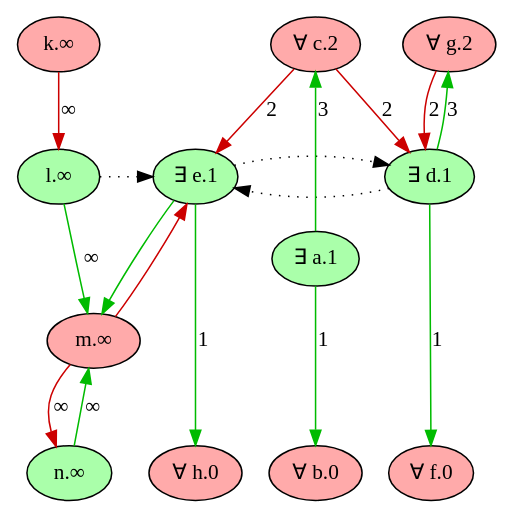
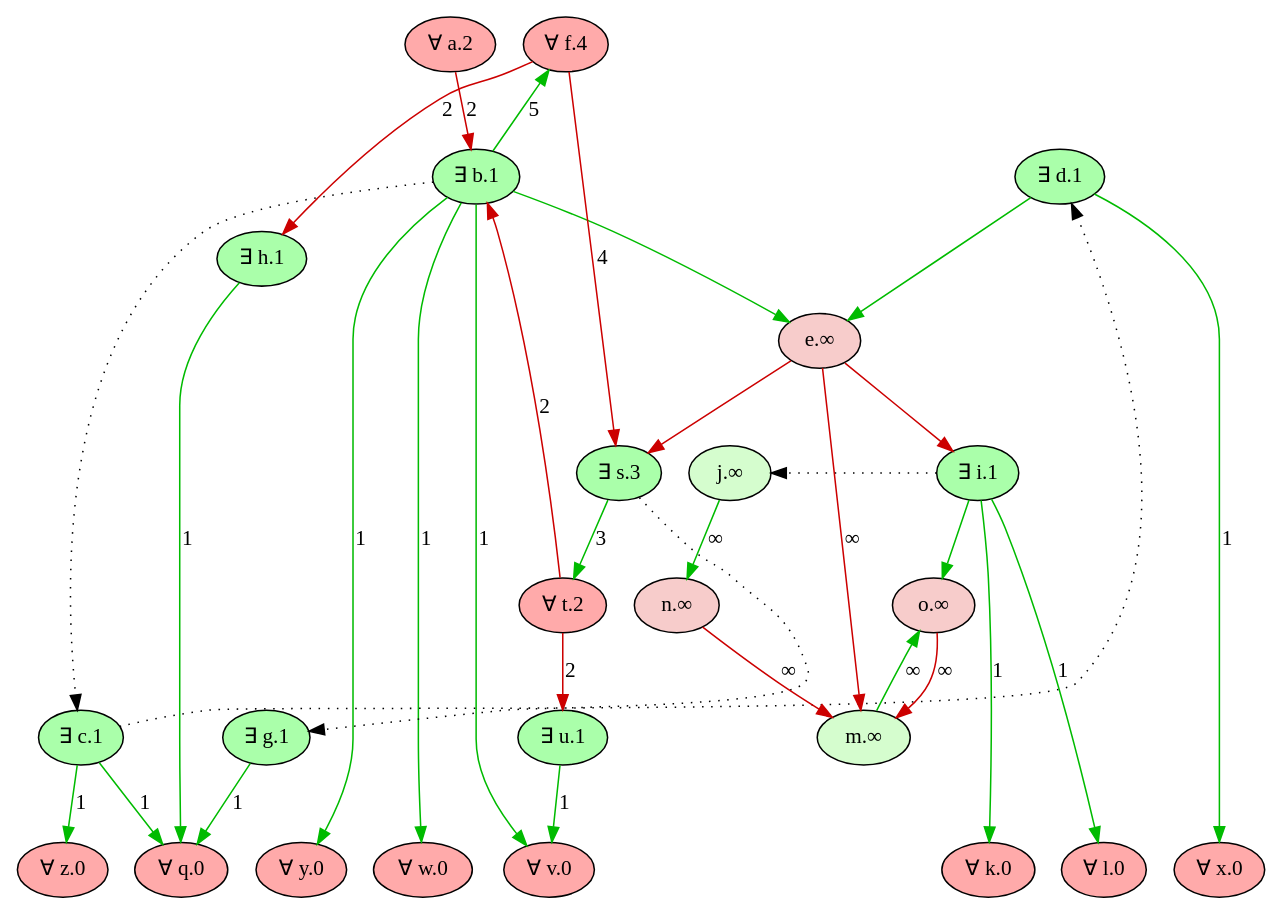
One commit to idaks/Games-and-Argumentation changed the diagram in Refactor/imgs/cleaned_game_pw_1.dot. Above: the diagram before and after it, drawn with Graphviz. The commit also changed 12 other files, not shown here.

```diff
--- a/Refactor/imgs/cleaned_game_pw_1.dot
+++ b/Refactor/imgs/cleaned_game_pw_1.dot
@@ -1,45 +1,76 @@
 digraph {
     rankdir="TB"
     node [style=filled fontname="Palatino"]
     node [fillcolor="#AAFFAA"]
-    "e" [label="∃ e.1"]
+    "u" [label="∃ u.1"]
+    "b" [label="∃ b.1"]
+    "c" [label="∃ c.1"]
     "d" [label="∃ d.1"]
-    "a" [label="∃ a.1"]
-    "l" [label="l.∞"]
+    "i" [label="∃ i.1"]
+    "g" [label="∃ g.1"]
+    "h" [label="∃ h.1"]
+    "s" [label="∃ s.3"]
+    node [fillcolor="#FFAAAA"]
+    "v" [label="∀ v.0"]
+    "z" [label="∀ z.0"]
+    "y" [label="∀ y.0"]
+    "x" [label="∀ x.0"]
+    "w" [label="∀ w.0"]
+    "q" [label="∀ q.0"]
+    "l" [label="∀ l.0"]
+    "k" [label="∀ k.0"]
+    "a" [label="∀ a.2"]
+    "t" [label="∀ t.2"]
+    "f" [label="∀ f.4"]
+    node [fillcolor="#d5fdce"]
+    "j" [label="j.∞"]
+    "m" [label="m.∞"]
+    node [fillcolor="#f7cccb"]
+    "e" [label="e.∞"]
+    "o" [label="o.∞"]
     "n" [label="n.∞"]
-    node [fillcolor="#FFAAAA"]
-    "b" [label="∀ b.0"]
-    "f" [label="∀ f.0"]
-    "h" [label="∀ h.0"]
-    "c" [label="∀ c.2"]
-    "g" [label="∀ g.2"]
-    "k" [label="k.∞"]
-    "m" [label="m.∞"]
+  edge [color="#CC0000" style="solid" dir="forward" label="2"]
+        "a" -> "b" 
+        "t" -> "b" 
+        "f" -> "h" 
+        "t" -> "u" 
+  edge [color="#00BB00" style="solid" dir="forward" label=""]
+        "b" -> "e" 
+        "d" -> "e" 
+        "i" -> "o" 
+  edge [color="#00BB00" style="solid" dir="forward" label="5"]
+        "b" -> "f" 
+  edge [color="#CC0000" style="solid" dir="forward" label=""]
+        "e" -> "i" 
+        "e" -> "s" 
   edge [color="#00BB00" style="solid" dir="forward" label="1"]
-        "a" -> "b" 
-        "d" -> "f" 
-        "e" -> "h" 
+        "i" -> "k" 
+        "i" -> "l" 
+        "g" -> "q" 
+        "h" -> "q" 
+        "c" -> "q" 
+        "b" -> "v" 
+        "u" -> "v" 
+        "b" -> "w" 
+        "d" -> "x" 
+        "b" -> "y" 
+        "c" -> "z" 
+  edge [color="#CC0000" style="solid" dir="forward" label="∞"]
+        "e" -> "m" 
+        "o" -> "m" 
+        "n" -> "m" 
+  edge [color="#00BB00" style="solid" dir="forward" label="∞"]
+        "j" -> "n" 
+        "m" -> "o" 
+  edge [color="#CC0000" style="solid" dir="forward" label="4"]
+        "f" -> "s" 
   edge [color="#00BB00" style="solid" dir="forward" label="3"]
-        "a" -> "c" 
-        "d" -> "g" 
-  edge [color="#CC0000" style="solid" dir="forward" label="∞"]
-        "k" -> "l" 
-        "m" -> "n" 
-  edge [color="#CC0000" style="solid" dir="forward" label="2"]
+        "s" -> "t" 
+  edge [color="black" style="dotted" dir="forward" label="" constraint=false]
+        "b" -> "c" 
         "c" -> "d" 
-        "c" -> "e" 
-        "g" -> "d" 
-  edge [color="#00BB00" style="solid" dir="forward" label="∞"]
-        "l" -> "m" 
-        "n" -> "m" 
-  edge [color="#00BB00" style="solid" dir="forward" label=""]
-        "e" -> "m" 
-  edge [color="#CC0000" style="solid" dir="forward" label=""]
-        "m" -> "e" 
-  edge [color="black" style="dotted" dir="forward" label="" constraint=false]
-        "l" -> "e" 
-        "d" -> "e" 
-        "e" -> "d" 
-    {rank = max b f h}
-    {rank = min c g}
+        "s" -> "g" 
+        "i" -> "j" 
+    {rank = max v z y x w q l k}
+    {rank = min f}
 }
```
